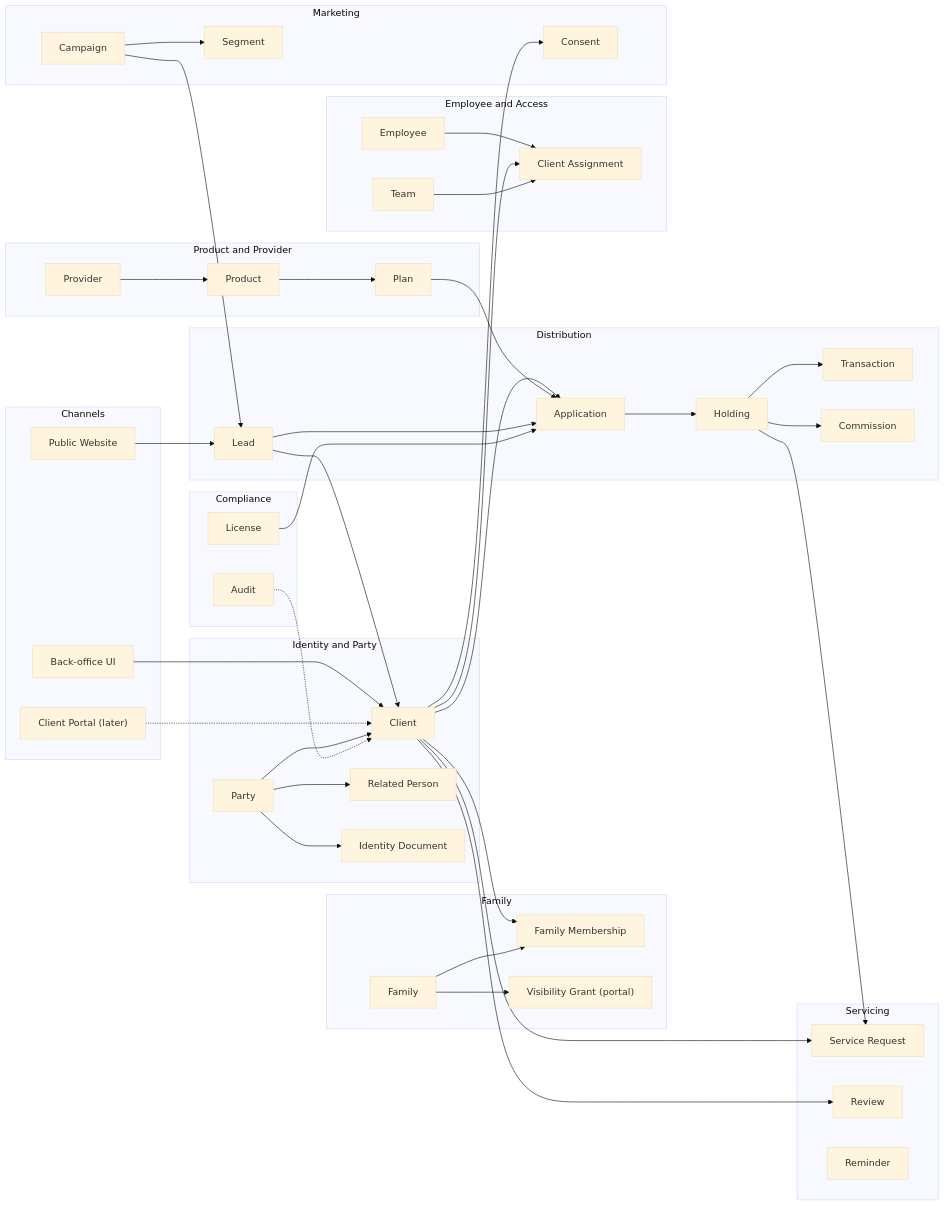
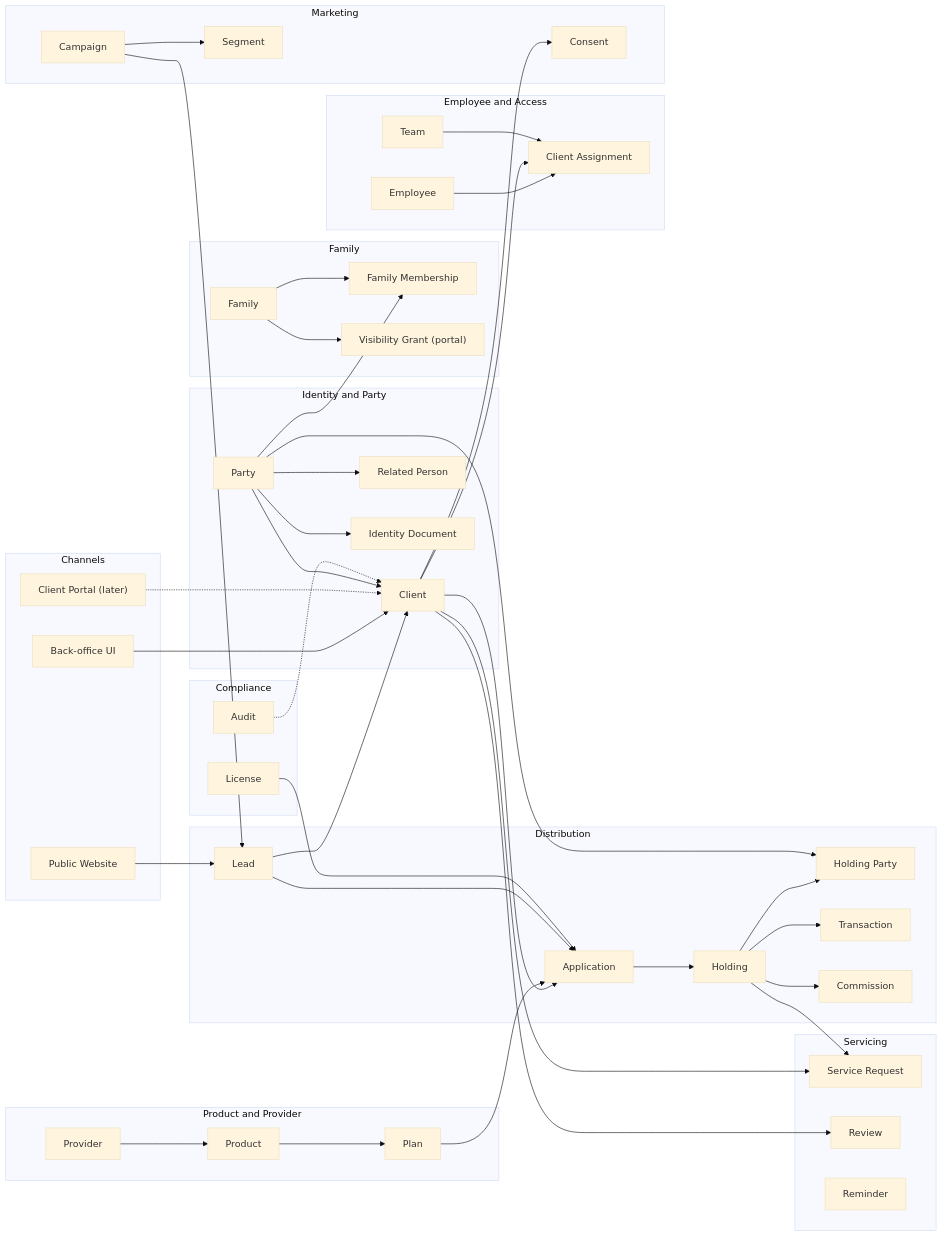
One commit to knapsfs/dhanada changed the diagram in docs/02-domain/context-map.md. Above: the diagram before and after it, drawn with Mermaid (base theme). The commit also changed other lines of this file and 35 other files, not shown here.

```diff
--- a/docs/02-domain/context-map.md
+++ b/docs/02-domain/context-map.md
@@ -39,6 +39,7 @@
         Lead
         Application
         Holding
+        HoldingParty["Holding Party"]
         Transaction
         Commission
     end
@@ -72,7 +73,7 @@
     Party --> Client
     Party --> RelatedPerson
     Party --> IdentityDocument
-    Client --> Membership
+    Party --> Membership
     Family --> Membership
     Family --> VisibilityGrant
     Provider --> Product
@@ -82,6 +83,8 @@
     Lead --> Client
     Lead --> Application
     Application --> Holding
+    Holding --> HoldingParty
+    Party --> HoldingParty
     Holding --> Transaction
     Holding --> Commission
     Employee --> ClientAssignment
```
